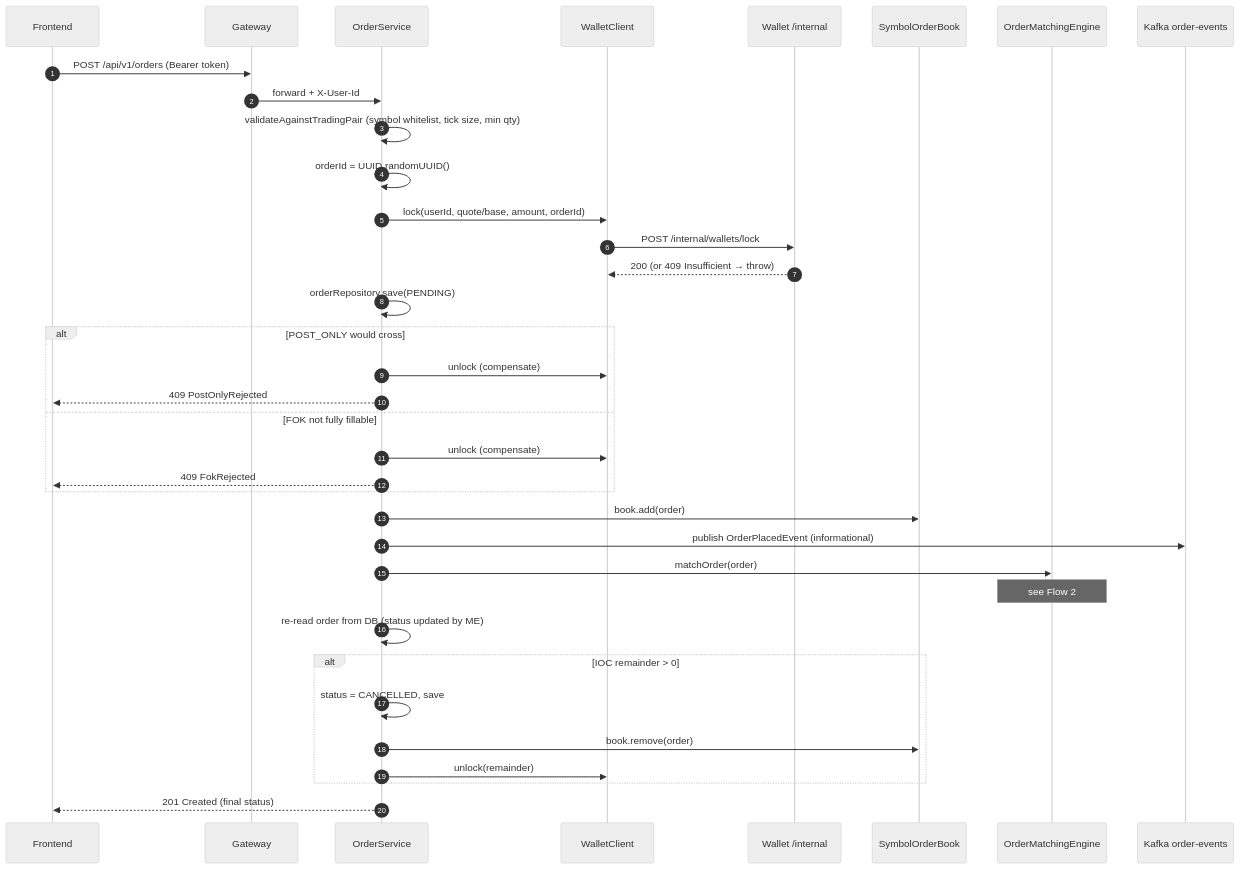
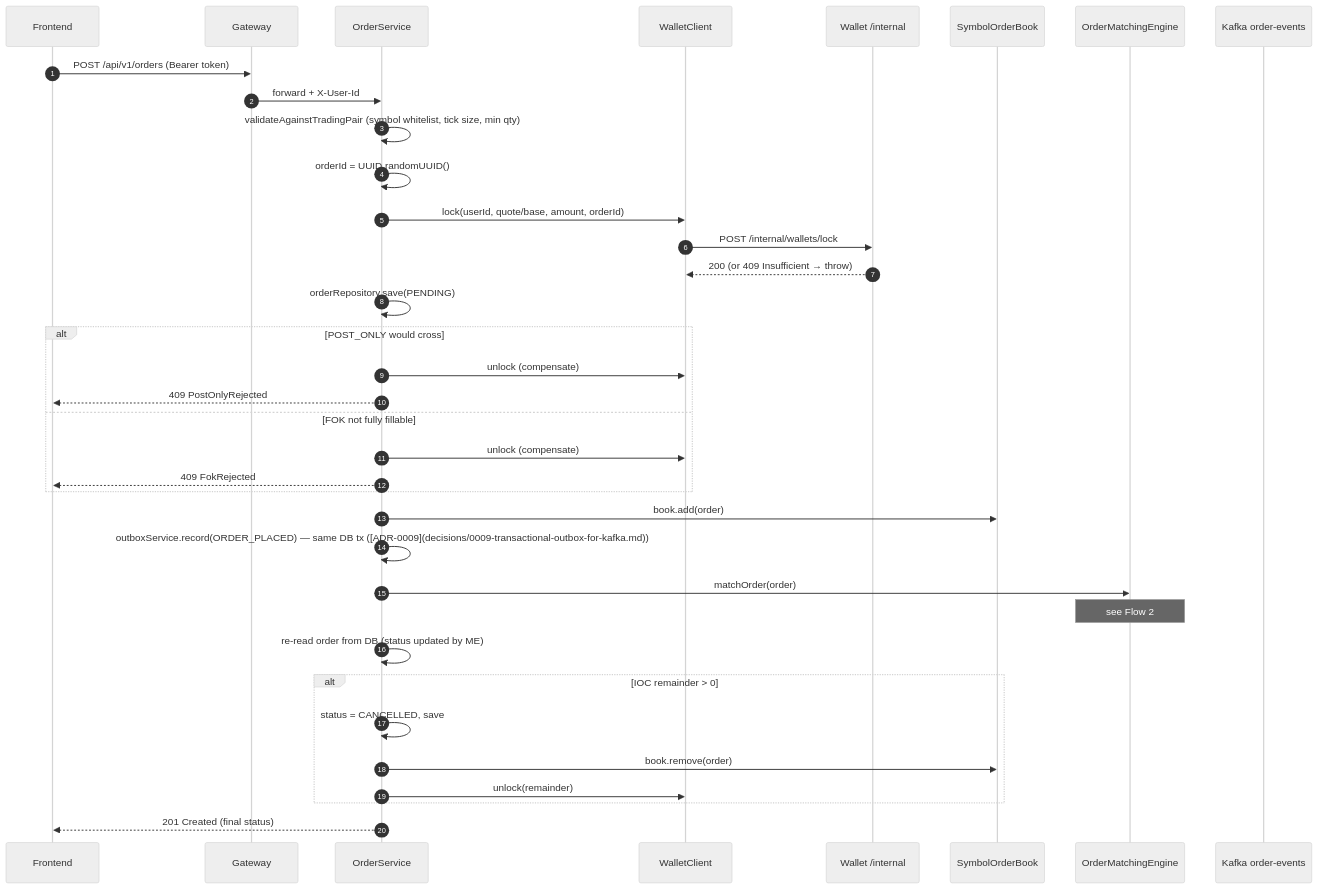
One commit to Serhii-Leniv/crypto-platform changed the first of 4 diagrams in docs/ARCHITECTURE.md. Above: the diagram before and after it, drawn with Mermaid (neutral theme). The commit also changed other lines of this file and 14 other files, not shown here.

Commit message:
feat(order-matching): transactional outbox for Kafka events (ADR-0009)

````diff
--- a/docs/ARCHITECTURE.md
+++ b/docs/ARCHITECTURE.md
@@ -51,39 +51,39 @@
 ```mermaid
 sequenceDiagram
     autonumber
     participant FE as Frontend
     participant GW as Gateway
     participant OS as OrderService
     participant WC as WalletClient
     participant W as Wallet /internal
     participant Book as SymbolOrderBook
     participant ME as OrderMatchingEngine
     participant K as Kafka order-events
 
     FE->>GW: POST /api/v1/orders (Bearer token)
     GW->>OS: forward + X-User-Id
     OS->>OS: validateAgainstTradingPair (symbol whitelist, tick size, min qty)
     OS->>OS: orderId = UUID.randomUUID()
     OS->>WC: lock(userId, quote/base, amount, orderId)
     WC->>W: POST /internal/wallets/lock
     W-->>WC: 200 (or 409 Insufficient → throw)
     OS->>OS: orderRepository.save(PENDING)
     alt POST_ONLY would cross
         OS->>WC: unlock (compensate)
         OS-->>FE: 409 PostOnlyRejected
     else FOK not fully fillable
         OS->>WC: unlock (compensate)
         OS-->>FE: 409 FokRejected
     end
     OS->>Book: book.add(order)
-    OS->>K: publish OrderPlacedEvent (informational)
+    OS->>OS: outboxService.record(ORDER_PLACED) — same DB tx ([ADR-0009](decisions/0009-transactional-outbox-for-kafka.md))
     OS->>ME: matchOrder(order)
     Note over ME: see Flow 2
     OS->>OS: re-read order from DB (status updated by ME)
     alt IOC remainder > 0
         OS->>OS: status = CANCELLED, save
         OS->>Book: book.remove(order)
         OS->>WC: unlock(remainder)
     end
     OS-->>FE: 201 Created (final status)
 ```
````
